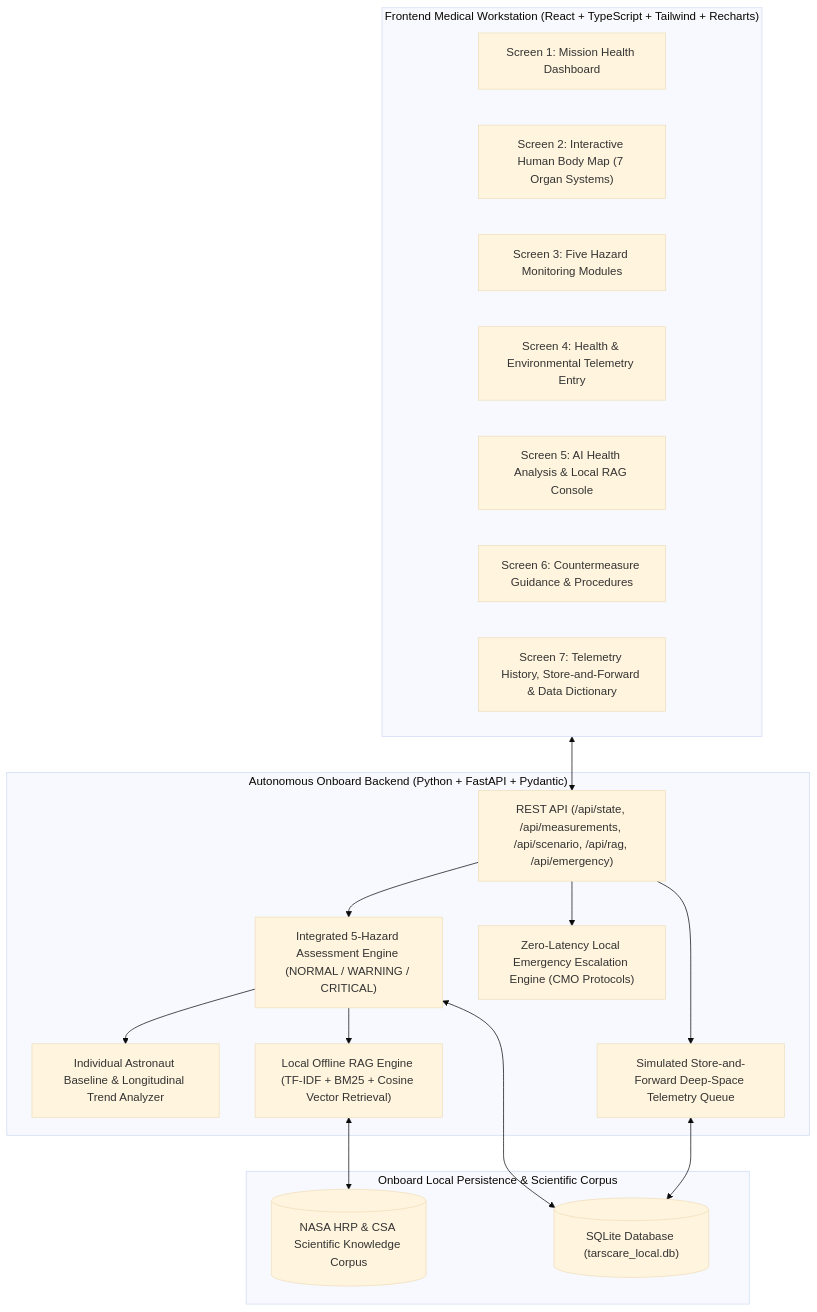
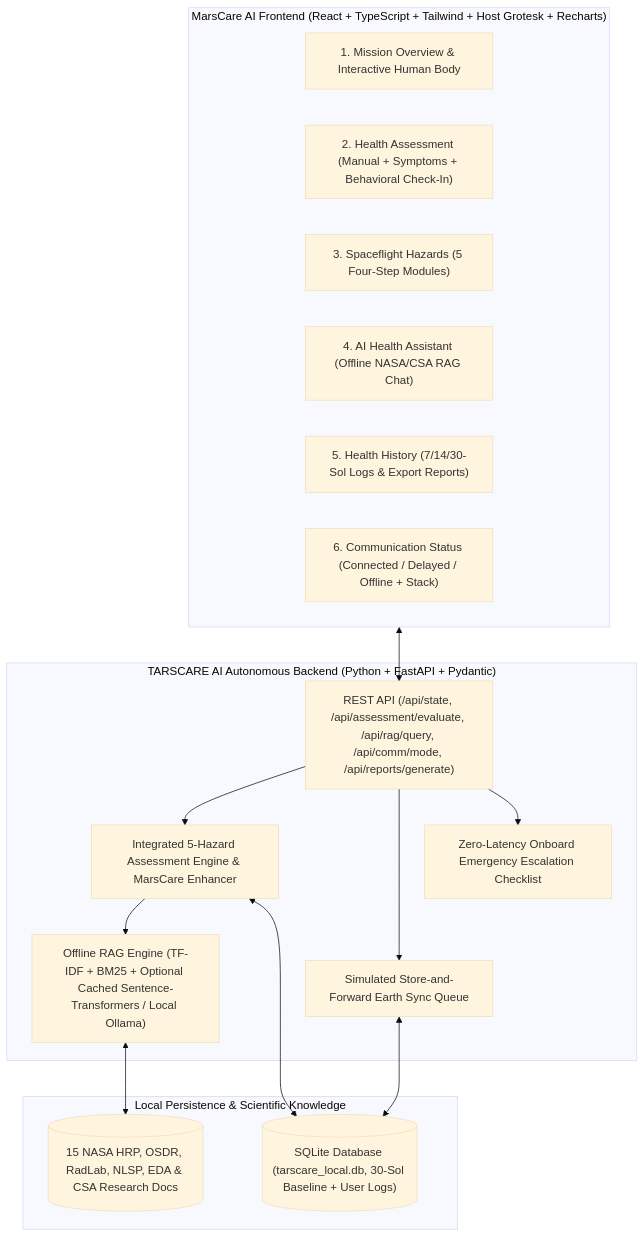
Before and after one commit to TanSuChin/NASASpaceChallenge2026-Milky_Has_Its_Own_Way: the diagram in README.md, drawn with Mermaid (base theme). The commit also changed other lines of this file and 65 other files, not shown here.

Commit message:
feat: initialize MarsCare AI space health and triage platform

````diff
--- a/README.md
+++ b/README.md
@@ -10,36 +10,33 @@
 ```mermaid
 flowchart TD
-    subgraph CrewUI["Frontend Medical Workstation (React + TypeScript + Tailwind + Recharts)"]
-        S1["Screen 1: Mission Health Dashboard"]
-        S2["Screen 2: Interactive Human Body Map (7 Organ Systems)"]
-        S3["Screen 3: Five Hazard Monitoring Modules"]
-        S4["Screen 4: Health & Environmental Telemetry Entry"]
-        S5["Screen 5: AI Health Analysis & Local RAG Console"]
-        S6["Screen 6: Countermeasure Guidance & Procedures"]
-        S7["Screen 7: Telemetry History, Store-and-Forward & Data Dictionary"]
+    subgraph Frontend["MarsCare AI Frontend (React + TypeScript + Tailwind + Host Grotesk + Recharts)"]
+        V1["1. Mission Overview & Interactive Human Body"]
+        V2["2. Health Assessment (Manual + Symptoms + Behavioral Check-In)"]
+        V3["3. Spaceflight Hazards (5 Four-Step Modules)"]
+        V4["4. AI Health Assistant (Offline NASA/CSA RAG Chat)"]
+        V5["5. Health History (7/14/30-Sol Logs & Export Reports)"]
+        V6["6. Communication Status (Connected / Delayed / Offline + Stack)"]
     end
 
-    subgraph LocalBackend["Autonomous Onboard Backend (Python + FastAPI + Pydantic)"]
-        API["REST API (/api/state, /api/measurements, /api/scenario, /api/rag, /api/emergency)"]
-        ENG["Integrated 5-Hazard Assessment Engine (NORMAL / WARNING / CRITICAL)"]
-        BASE["Individual Astronaut Baseline & Longitudinal Trend Analyzer"]
-        EMG["Zero-Latency Local Emergency Escalation Engine (CMO Protocols)"]
-        RAG["Local Offline RAG Engine (TF-IDF + BM25 + Cosine Vector Retrieval)"]
-        SF["Simulated Store-and-Forward Deep-Space Telemetry Queue"]
+    subgraph Backend["TARSCARE AI Autonomous Backend (Python + FastAPI + Pydantic)"]
+        API["REST API (/api/state, /api/assessment/evaluate, /api/rag/query, /api/comm/mode, /api/reports/generate)"]
+        ENG["Integrated 5-Hazard Assessment Engine & MarsCare Enhancer"]
+        RAG["Offline RAG Engine (TF-IDF + BM25 + Optional Cached Sentence-Transformers / Local Ollama)"]
+        SF["Simulated Store-and-Forward Earth Sync Queue"]
+        EMG["Zero-Latency Onboard Emergency Escalation Checklist"]
     end
 
-    subgraph LocalStorage["Onboard Local Persistence & Scientific Corpus"]
-        DB[("SQLite Database (tarscare_local.db)")]
-        CORPUS[("NASA HRP & CSA Scientific Knowledge Corpus")]
+    subgraph Storage["Local Persistence & Scientific Knowledge"]
+        DB[("SQLite Database (tarscare_local.db, 30-Sol Baseline + User Logs)")]
+        CORPUS[("15 NASA HRP, OSDR, RadLab, NLSP, EDA & CSA Research Docs")]
     end
 
-    CrewUI <--> API
+    Frontend <--> API
     API --> ENG
-    ENG --> BASE
     ENG --> RAG
+    API --> SF
     API --> EMG
-    API --> SF
     ENG <--> DB
     SF <--> DB
     RAG <--> CORPUS
 ```
````
